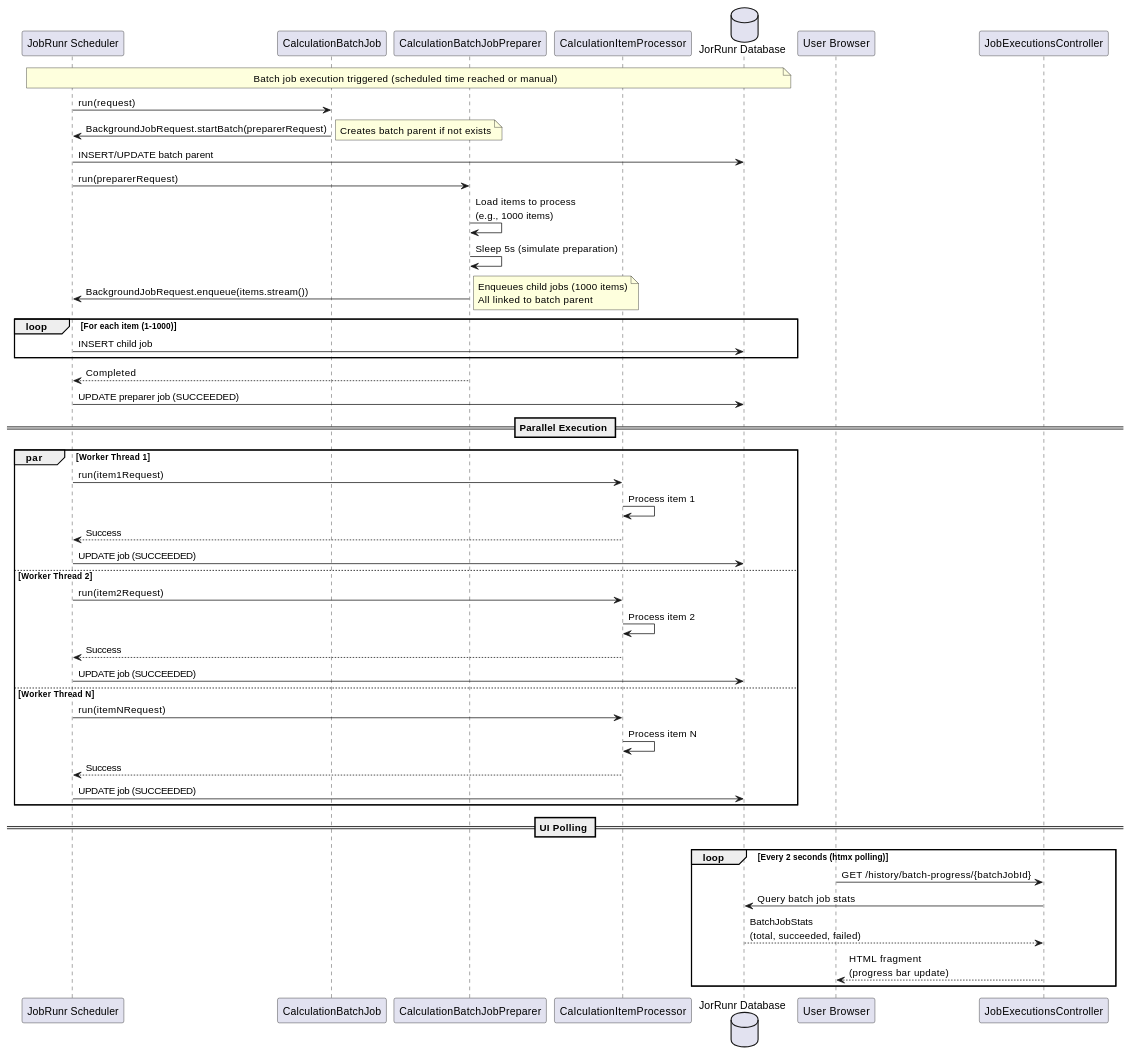
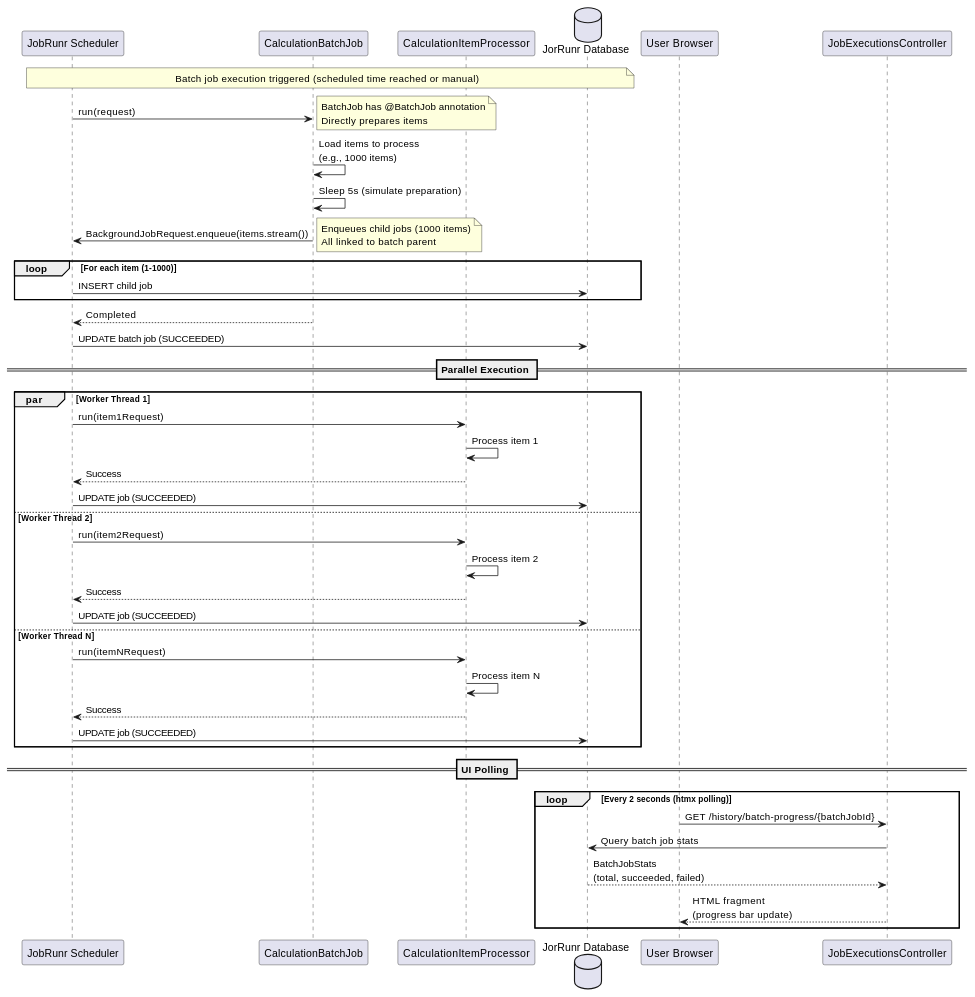
Before and after one commit to css-ch/jobrunr-control: the tenth of 15 diagrams in docs/arc42-architecture.adoc, drawn with PlantUML. The commit also changed other lines of this file and 16 other files, not shown here.

Commit message:
Changes batch processing: add @BatchJob annotation

```diff
--- a/docs/arc42-architecture.adoc
+++ b/docs/arc42-architecture.adoc
@@ -725,68 +725,65 @@
 [plantuml,batch-execution,svg]
 ----
 @startuml
 participant "JobRunr Scheduler" as Scheduler
 participant "CalculationBatchJob" as BatchJob
-participant "CalculationBatchJobPreparer" as Preparer
 participant "CalculationItemProcessor" as Processor
 database "JorRunr Database" as DB
 participant "User Browser" as Browser
 participant "JobExecutionsController" as Controller
 
 note over Scheduler, DB
     Batch job execution triggered (scheduled time reached or manual)
 end note
 
 Scheduler -> BatchJob: run(request)
-BatchJob -> Scheduler: BackgroundJobRequest.startBatch(preparerRequest)
 note right
-    Creates batch parent if not exists
+    BatchJob has @BatchJob annotation
+    Directly prepares items
 end note
-Scheduler -> DB: INSERT/UPDATE batch parent
-Scheduler -> Preparer: run(preparerRequest)
 
-Preparer -> Preparer: Load items to process\n(e.g., 1000 items)
-Preparer -> Preparer: Sleep 5s (simulate preparation)
-Preparer -> Scheduler: BackgroundJobRequest.enqueue(items.stream())
+BatchJob -> BatchJob: Load items to process\n(e.g., 1000 items)
+BatchJob -> BatchJob: Sleep 5s (simulate preparation)
+BatchJob -> Scheduler: BackgroundJobRequest.enqueue(items.stream())
 note right
     Enqueues child jobs (1000 items)
     All linked to batch parent
 end note
 
 loop For each item (1-1000)
     Scheduler -> DB: INSERT child job
 end
 
-Preparer --> Scheduler: Completed
-Scheduler -> DB: UPDATE preparer job (SUCCEEDED)
+BatchJob --> Scheduler: Completed
+Scheduler -> DB: UPDATE batch job (SUCCEEDED)
 
 == Parallel Execution ==
 
 par Worker Thread 1
     Scheduler -> Processor: run(item1Request)
     Processor -> Processor: Process item 1
     Processor --> Scheduler: Success
     Scheduler -> DB: UPDATE job (SUCCEEDED)
 else Worker Thread 2
     Scheduler -> Processor: run(item2Request)
     Processor -> Processor: Process item 2
     Processor --> Scheduler: Success
     Scheduler -> DB: UPDATE job (SUCCEEDED)
 else Worker Thread N
     Scheduler -> Processor: run(itemNRequest)
     Processor -> Processor: Process item N
     Processor --> Scheduler: Success
     Scheduler -> DB: UPDATE job (SUCCEEDED)
 end
 
 == UI Polling ==
 
 loop Every 2 seconds (htmx polling)
     Browser -> Controller: GET /history/batch-progress/{batchJobId}
     Controller -> DB: Query batch job stats
     DB --> Controller: BatchJobStats\n(total, succeeded, failed)
     Controller --> Browser: HTML fragment\n(progress bar update)
 end
 
 @enduml
 ----
```
